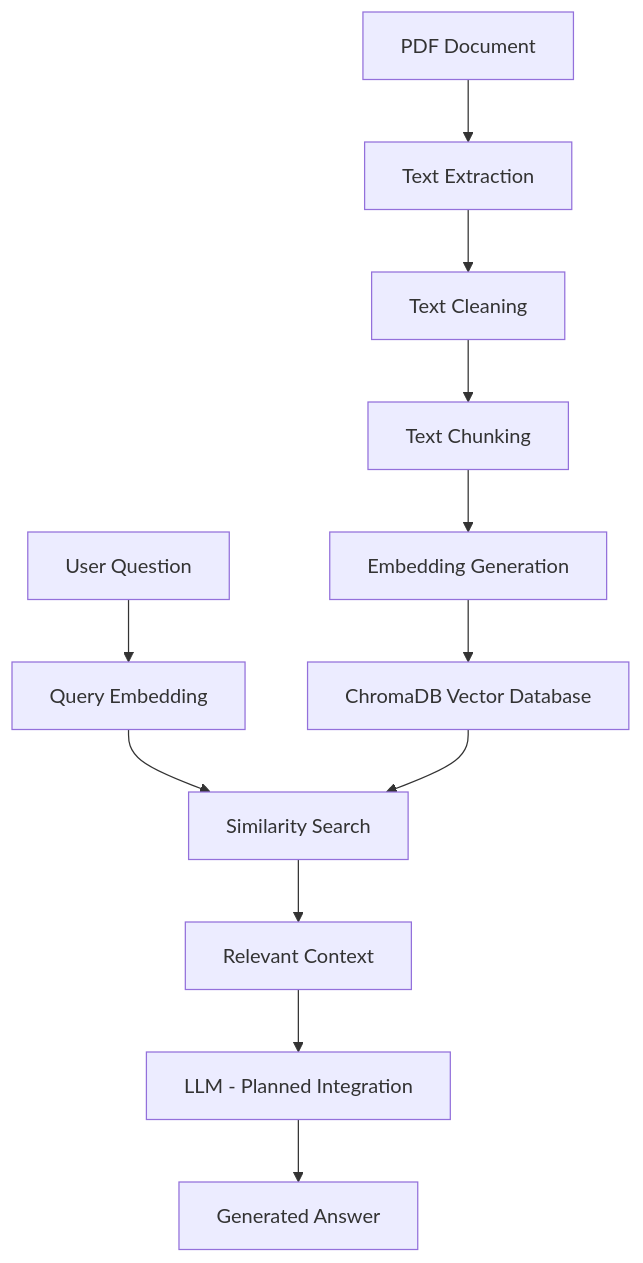
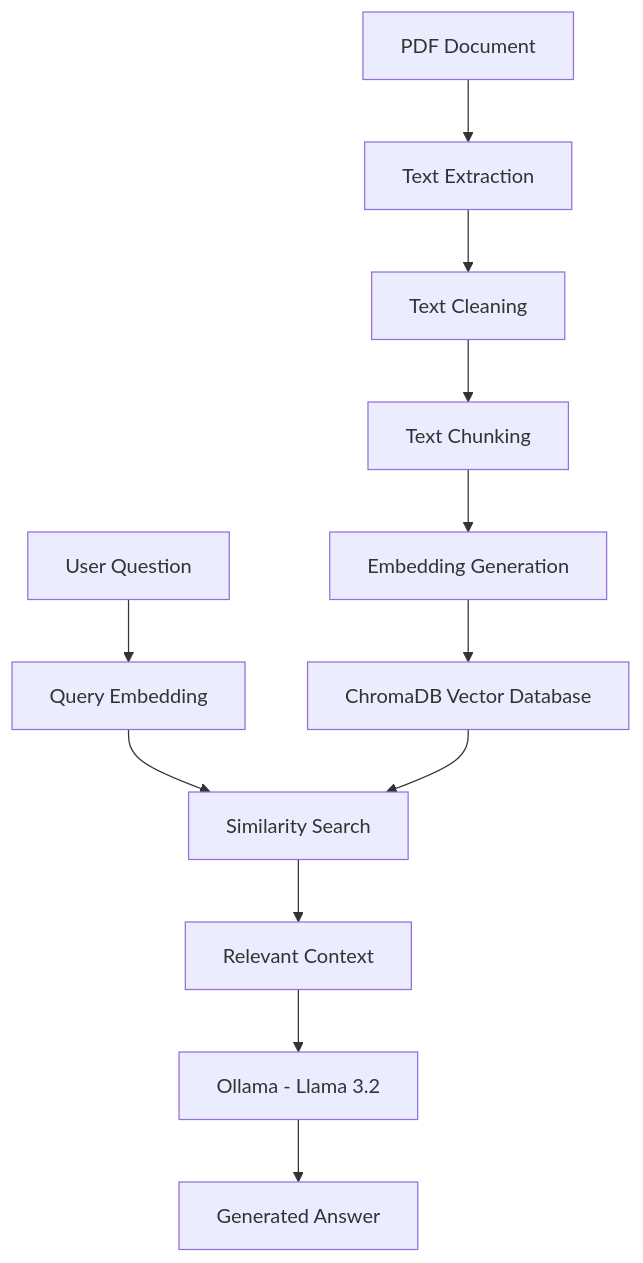
Before and after one commit to 3161-harshit/RAG-Based-Intelligent-Document-Question-Answering-System: the diagram in README.md, drawn with Mermaid. The commit also changed other lines of this file, not shown here.

Commit message:
Update README roadmap and project instructions

````diff
--- a/README.md
+++ b/README.md
@@ -25,15 +25,15 @@
 ```mermaid
 flowchart TD
     A[PDF Document] --> B[Text Extraction]
     B --> C[Text Cleaning]
     C --> D[Text Chunking]
     D --> E[Embedding Generation]
     E --> F[ChromaDB Vector Database]
 
     G[User Question] --> H[Query Embedding]
     H --> I[Similarity Search]
     F --> I
     I --> J[Relevant Context]
-    J --> K[LLM - Planned Integration]
+    J --> K[Ollama - Llama 3.2]
     K --> L[Generated Answer]
 ```
````
